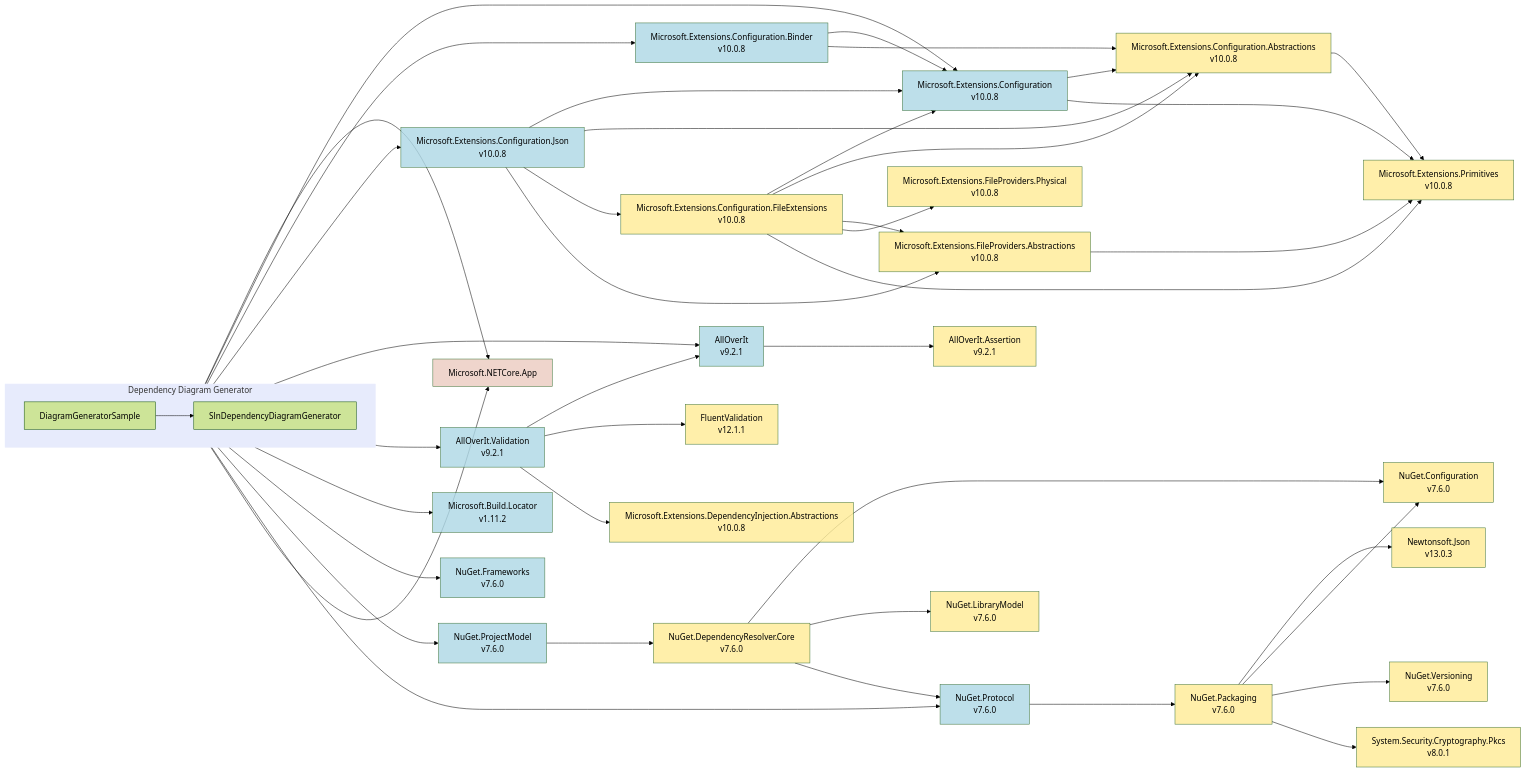
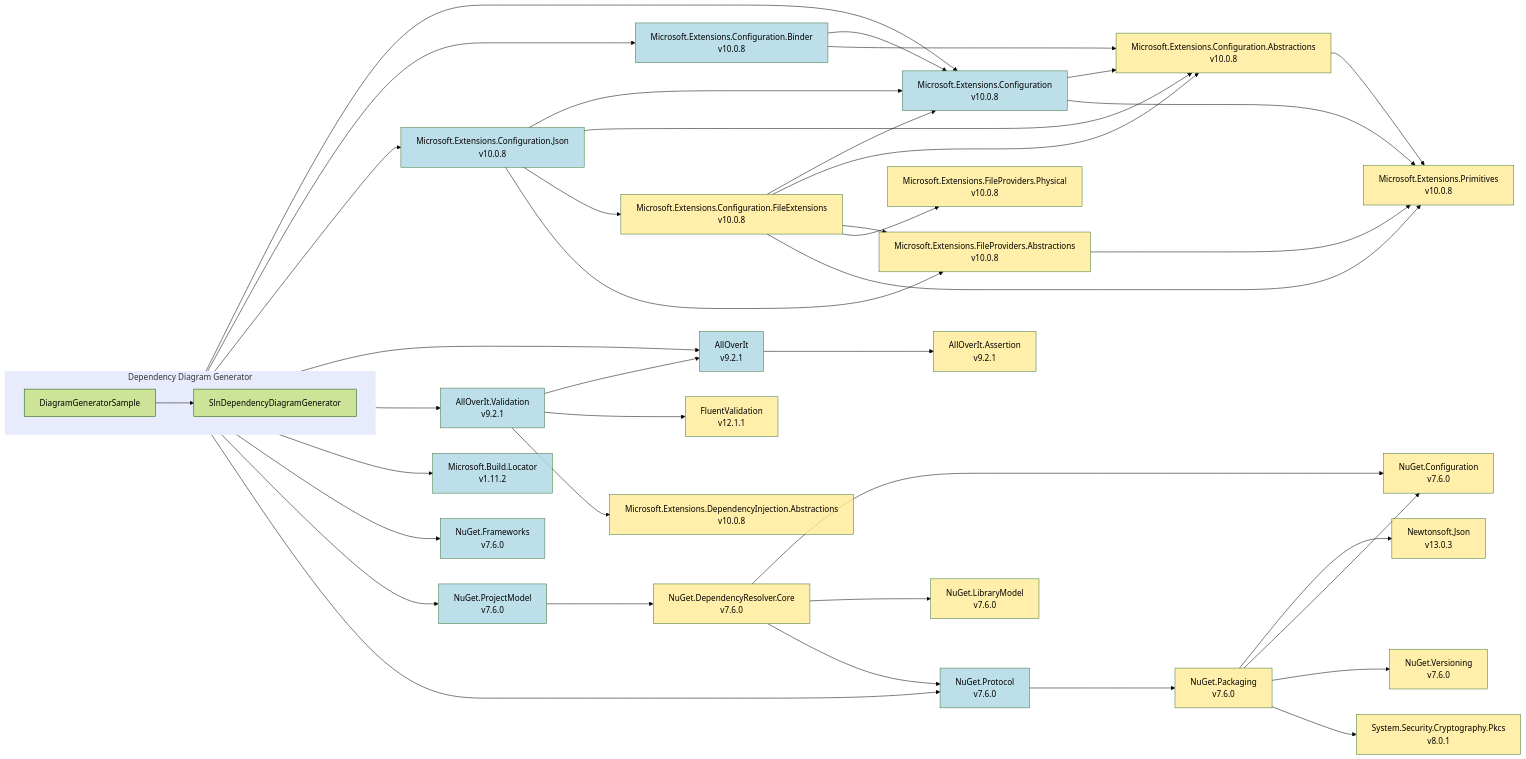
One commit to mjfreelancing/SlnDependencyDiagramGenerator changed the diagram in Samples/Output/net10.0/mmd/diagramgeneratorsample.mmd. Above: the diagram before and after it, drawn with Mermaid (forest theme). The commit also changed 73 other files, not shown here.

```diff
--- a/Samples/Output/net10.0/mmd/diagramgeneratorsample.mmd
+++ b/Samples/Output/net10.0/mmd/diagramgeneratorsample.mmd
@@ -1,97 +1,93 @@
 flowchart LR
   subgraph ddg["Dependency Diagram Generator"]
     direction LR
     ddg_diagramgeneratorsample["DiagramGeneratorSample"]
     ddg_slndependencydiagramgenerator["SlnDependencyDiagramGenerator"]
   end
-  microsoft-netcore-app["Microsoft.NETCore.App"]
   microsoft-extensions-configuration_10-0-8["Microsoft.Extensions.Configuration<br>v10.0.8"]
   microsoft-extensions-configuration-abstractions_10-0-8["Microsoft.Extensions.Configuration.Abstractions<br>v10.0.8"]
   microsoft-extensions-primitives_10-0-8["Microsoft.Extensions.Primitives<br>v10.0.8"]
   microsoft-extensions-configuration-binder_10-0-8["Microsoft.Extensions.Configuration.Binder<br>v10.0.8"]
   microsoft-extensions-configuration-json_10-0-8["Microsoft.Extensions.Configuration.Json<br>v10.0.8"]
   microsoft-extensions-configuration-fileextensions_10-0-8["Microsoft.Extensions.Configuration.FileExtensions<br>v10.0.8"]
   microsoft-extensions-fileproviders-abstractions_10-0-8["Microsoft.Extensions.FileProviders.Abstractions<br>v10.0.8"]
   microsoft-extensions-fileproviders-physical_10-0-8["Microsoft.Extensions.FileProviders.Physical<br>v10.0.8"]
   alloverit_9-2-1["AllOverIt<br>v9.2.1"]
   alloverit-assertion_9-2-1["AllOverIt.Assertion<br>v9.2.1"]
   alloverit-validation_9-2-1["AllOverIt.Validation<br>v9.2.1"]
   fluentvalidation_12-1-1["FluentValidation<br>v12.1.1"]
   microsoft-extensions-dependencyinjection-abstractions_10-0-8["Microsoft.Extensions.DependencyInjection.Abstractions<br>v10.0.8"]
   microsoft-build-locator_1-11-2["Microsoft.Build.Locator<br>v1.11.2"]
   nuget-frameworks_7-6-0["NuGet.Frameworks<br>v7.6.0"]
   nuget-projectmodel_7-6-0["NuGet.ProjectModel<br>v7.6.0"]
   nuget-dependencyresolver-core_7-6-0["NuGet.DependencyResolver.Core<br>v7.6.0"]
   nuget-configuration_7-6-0["NuGet.Configuration<br>v7.6.0"]
   nuget-librarymodel_7-6-0["NuGet.LibraryModel<br>v7.6.0"]
   nuget-protocol_7-6-0["NuGet.Protocol<br>v7.6.0"]
   nuget-packaging_7-6-0["NuGet.Packaging<br>v7.6.0"]
   newtonsoft-json_13-0-3["Newtonsoft.Json<br>v13.0.3"]
   nuget-versioning_7-6-0["NuGet.Versioning<br>v7.6.0"]
   system-security-cryptography-pkcs_8-0-1["System.Security.Cryptography.Pkcs<br>v8.0.1"]
-  ddg_diagramgeneratorsample --> microsoft-netcore-app
   ddg_diagramgeneratorsample --> microsoft-extensions-configuration_10-0-8
   microsoft-extensions-configuration_10-0-8 --> microsoft-extensions-configuration-abstractions_10-0-8
   microsoft-extensions-configuration-abstractions_10-0-8 --> microsoft-extensions-primitives_10-0-8
   microsoft-extensions-configuration_10-0-8 --> microsoft-extensions-primitives_10-0-8
   ddg_diagramgeneratorsample --> microsoft-extensions-configuration-binder_10-0-8
   microsoft-extensions-configuration-binder_10-0-8 --> microsoft-extensions-configuration_10-0-8
   microsoft-extensions-configuration-binder_10-0-8 --> microsoft-extensions-configuration-abstractions_10-0-8
   ddg_diagramgeneratorsample --> microsoft-extensions-configuration-json_10-0-8
   microsoft-extensions-configuration-json_10-0-8 --> microsoft-extensions-configuration_10-0-8
   microsoft-extensions-configuration-json_10-0-8 --> microsoft-extensions-configuration-abstractions_10-0-8
   microsoft-extensions-configuration-json_10-0-8 --> microsoft-extensions-configuration-fileextensions_10-0-8
   microsoft-extensions-configuration-fileextensions_10-0-8 --> microsoft-extensions-configuration_10-0-8
   microsoft-extensions-configuration-fileextensions_10-0-8 --> microsoft-extensions-configuration-abstractions_10-0-8
   microsoft-extensions-configuration-fileextensions_10-0-8 --> microsoft-extensions-fileproviders-abstractions_10-0-8
   microsoft-extensions-configuration-fileextensions_10-0-8 --> microsoft-extensions-fileproviders-physical_10-0-8
   microsoft-extensions-configuration-fileextensions_10-0-8 --> microsoft-extensions-primitives_10-0-8
   microsoft-extensions-configuration-json_10-0-8 --> microsoft-extensions-fileproviders-abstractions_10-0-8
   microsoft-extensions-fileproviders-abstractions_10-0-8 --> microsoft-extensions-primitives_10-0-8
   ddg_diagramgeneratorsample --> ddg_slndependencydiagramgenerator
   ddg_slndependencydiagramgenerator --> alloverit_9-2-1
   alloverit_9-2-1 --> alloverit-assertion_9-2-1
   ddg_slndependencydiagramgenerator --> alloverit-validation_9-2-1
   alloverit-validation_9-2-1 --> alloverit_9-2-1
   alloverit-validation_9-2-1 --> fluentvalidation_12-1-1
   alloverit-validation_9-2-1 --> microsoft-extensions-dependencyinjection-abstractions_10-0-8
   ddg_slndependencydiagramgenerator --> microsoft-build-locator_1-11-2
   ddg_slndependencydiagramgenerator --> nuget-frameworks_7-6-0
   ddg_slndependencydiagramgenerator --> nuget-projectmodel_7-6-0
   nuget-projectmodel_7-6-0 --> nuget-dependencyresolver-core_7-6-0
   nuget-dependencyresolver-core_7-6-0 --> nuget-configuration_7-6-0
   nuget-dependencyresolver-core_7-6-0 --> nuget-librarymodel_7-6-0
   nuget-dependencyresolver-core_7-6-0 --> nuget-protocol_7-6-0
   ddg_slndependencydiagramgenerator --> nuget-protocol_7-6-0
   nuget-protocol_7-6-0 --> nuget-packaging_7-6-0
   nuget-packaging_7-6-0 --> newtonsoft-json_13-0-3
   nuget-packaging_7-6-0 --> nuget-configuration_7-6-0
   nuget-packaging_7-6-0 --> nuget-versioning_7-6-0
   nuget-packaging_7-6-0 --> system-security-cryptography-pkcs_8-0-1
-  ddg_slndependencydiagramgenerator --> microsoft-netcore-app
   style ddg fill:#E7EBFC,stroke:#E7EBFC,stroke-width:1px,opacity:1
-  style microsoft-netcore-app fill:#ECCBC0,opacity:0.8
   style microsoft-extensions-configuration_10-0-8 fill:#ADD8E6,opacity:0.8
   style microsoft-extensions-configuration-abstractions_10-0-8 fill:#FFEC96,opacity:0.8
   style microsoft-extensions-primitives_10-0-8 fill:#FFEC96,opacity:0.8
   style microsoft-extensions-configuration-binder_10-0-8 fill:#ADD8E6,opacity:0.8
   style microsoft-extensions-configuration-json_10-0-8 fill:#ADD8E6,opacity:0.8
   style microsoft-extensions-configuration-fileextensions_10-0-8 fill:#FFEC96,opacity:0.8
   style microsoft-extensions-fileproviders-abstractions_10-0-8 fill:#FFEC96,opacity:0.8
   style microsoft-extensions-fileproviders-physical_10-0-8 fill:#FFEC96,opacity:0.8
   style alloverit_9-2-1 fill:#ADD8E6,opacity:0.8
   style alloverit-assertion_9-2-1 fill:#FFEC96,opacity:0.8
   style alloverit-validation_9-2-1 fill:#ADD8E6,opacity:0.8
   style fluentvalidation_12-1-1 fill:#FFEC96,opacity:0.8
   style microsoft-extensions-dependencyinjection-abstractions_10-0-8 fill:#FFEC96,opacity:0.8
   style microsoft-build-locator_1-11-2 fill:#ADD8E6,opacity:0.8
   style nuget-frameworks_7-6-0 fill:#ADD8E6,opacity:0.8
   style nuget-projectmodel_7-6-0 fill:#ADD8E6,opacity:0.8
   style nuget-dependencyresolver-core_7-6-0 fill:#FFEC96,opacity:0.8
   style nuget-configuration_7-6-0 fill:#FFEC96,opacity:0.8
   style nuget-librarymodel_7-6-0 fill:#FFEC96,opacity:0.8
   style nuget-protocol_7-6-0 fill:#ADD8E6,opacity:0.8
   style nuget-packaging_7-6-0 fill:#FFEC96,opacity:0.8
   style newtonsoft-json_13-0-3 fill:#FFEC96,opacity:0.8
   style nuget-versioning_7-6-0 fill:#FFEC96,opacity:0.8
   style system-security-cryptography-pkcs_8-0-1 fill:#FFEC96,opacity:0.8
```
